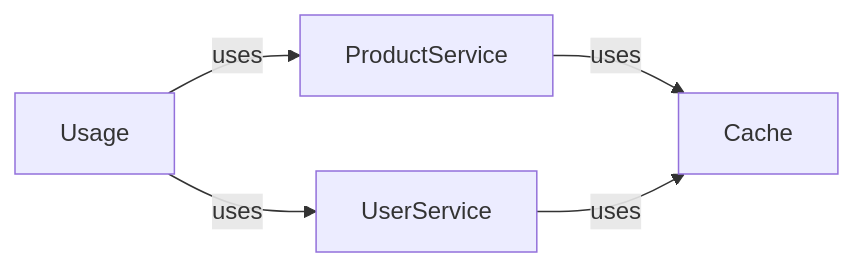
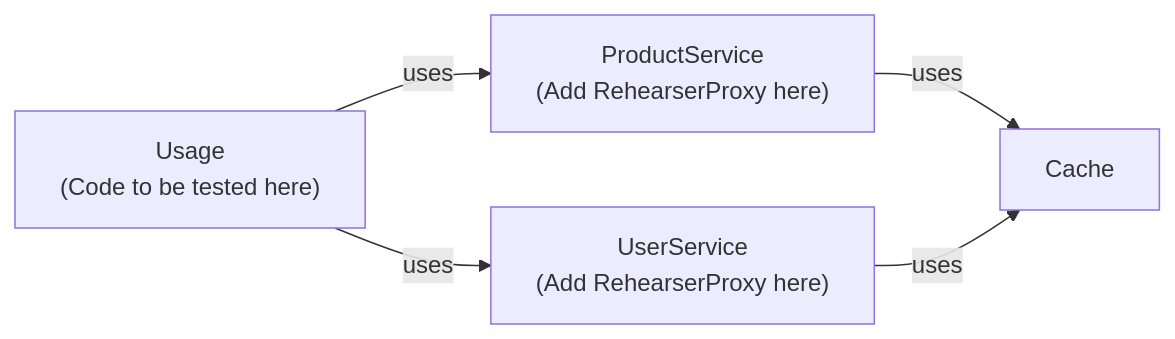
The second of 2 diagrams in README.md (kevinchwong/rehearser-examples), drawn with Mermaid before and after one commit.

Commit message:
Update test example 2

````diff
--- a/README.md
+++ b/README.md
@@ -27,6 +27,6 @@
 ```mermaid
 graph LR
 
-Usage["Usage"] -- uses --> ProductService["ProductService"]-- uses -->C["Cache"]
-Usage["Usage"] -- uses --> UserService["UserService"]-- uses -->C["Cache"]
+Usage["Usage<br>(Code to be tested here)"] -- uses --> ProductService["ProductService<br>(Add RehearserProxy here)"]-- uses -->C["Cache"]
+Usage -- uses --> UserService["UserService<br>(Add RehearserProxy here)"]-- uses -->C["Cache"]
 ```
````
